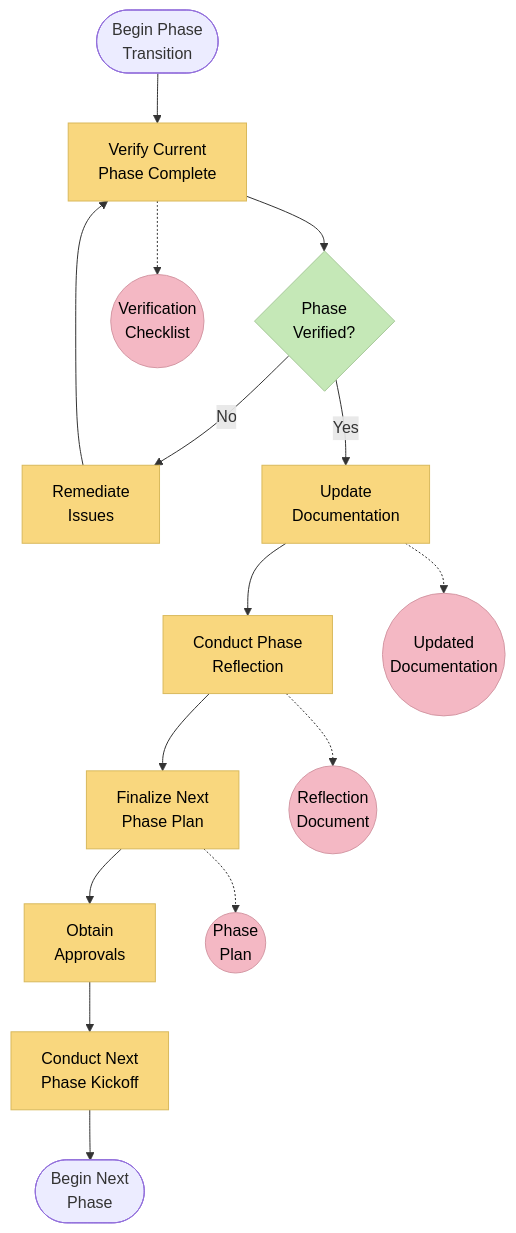
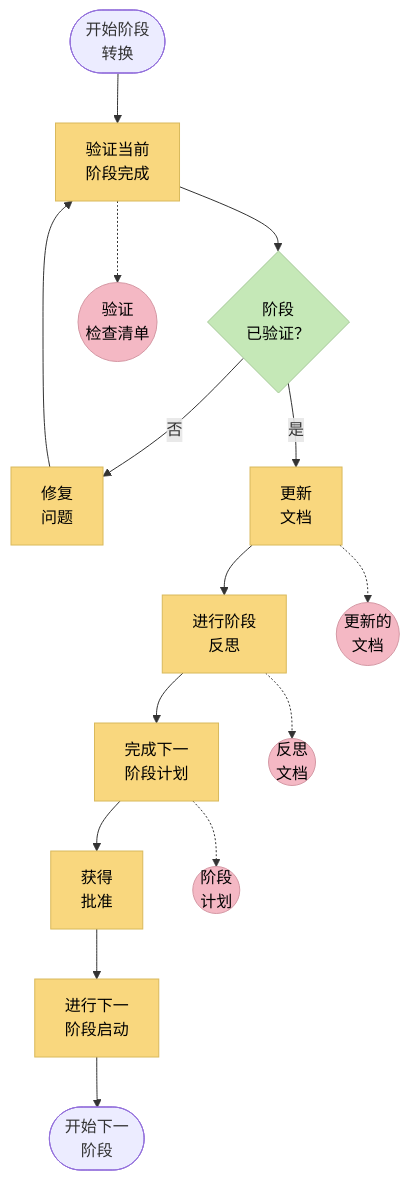
One commit to goodends/cursor-memory-bank-Chinese- changed the fifth of 6 diagrams in .cursor/rules/isolation_rules/Level4/phased-implementation.mdc. Above: the diagram before and after it, drawn with Mermaid. The commit also changed other lines of this file, not shown here.

````diff
--- a/.cursor/rules/isolation_rules/Level4/phased-implementation.mdc
+++ b/.cursor/rules/isolation_rules/Level4/phased-implementation.mdc
@@ -413,27 +413,27 @@
 ```mermaid
 flowchart TD
     classDef step fill:#f9d77e,stroke:#d9b95c,color:#000
     classDef artifact fill:#f4b8c4,stroke:#d498a4,color:#000
     classDef verification fill:#c5e8b7,stroke:#a5c897,color:#000
     
-    Start([Begin Phase<br>Transition]) --> Verification[Verify Current<br>Phase Complete]
-    Verification --> Checkpoint{Phase<br>Verified?}
-    Checkpoint -->|No| Remediation[Remediate<br>Issues]
+    Start([开始阶段<br>转换]) --> Verification[验证当前<br>阶段完成]
+    Verification --> Checkpoint{阶段<br>已验证？}
+    Checkpoint -->|否| Remediation[修复<br>问题]
     Remediation --> Verification
-    Checkpoint -->|Yes| Documentation[Update<br>Documentation]
-    Documentation --> Reflection[Conduct Phase<br>Reflection]
-    Reflection --> NextPlan[Finalize Next<br>Phase Plan]
-    NextPlan --> Approvals[Obtain<br>Approvals]
-    Approvals --> Kickoff[Conduct Next<br>Phase Kickoff]
-    Kickoff --> End([Begin Next<br>Phase])
+    Checkpoint -->|是| Documentation[更新<br>文档]
+    Documentation --> Reflection[进行阶段<br>反思]
+    Reflection --> NextPlan[完成下一<br>阶段计划]
+    NextPlan --> Approvals[获得<br>批准]
+    Approvals --> Kickoff[进行下一<br>阶段启动]
+    Kickoff --> End([开始下一<br>阶段])
     
-    Verification -.-> VerifDoc((Verification<br>Checklist))
-    Documentation -.-> Docs((Updated<br>Documentation))
-    Reflection -.-> ReflectDoc((Reflection<br>Document))
-    NextPlan -.-> PlanDoc((Phase<br>Plan))
+    Verification -.-> VerifDoc((验证<br>检查清单))
+    Documentation -.-> Docs((更新的<br>文档))
+    Reflection -.-> ReflectDoc((反思<br>文档))
+    NextPlan -.-> PlanDoc((阶段<br>计划))
     
     class Start,End milestone
     class Verification,Remediation,Documentation,Reflection,NextPlan,Approvals,Kickoff step
     class Checkpoint verification
     class VerifDoc,Docs,ReflectDoc,PlanDoc artifact
 ```
````
